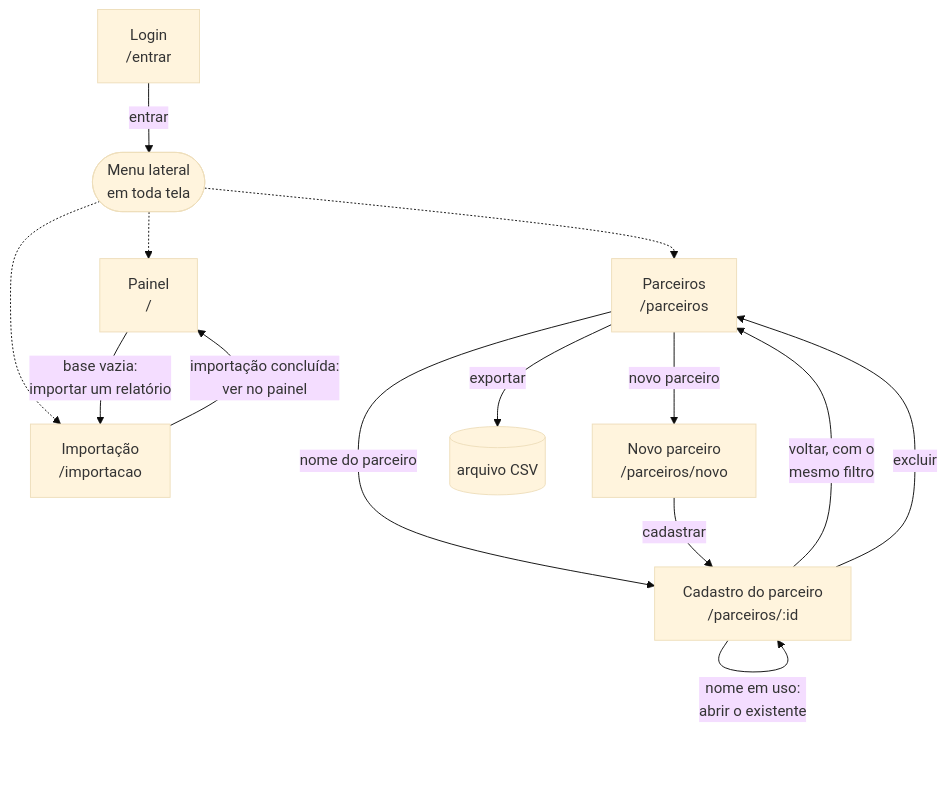
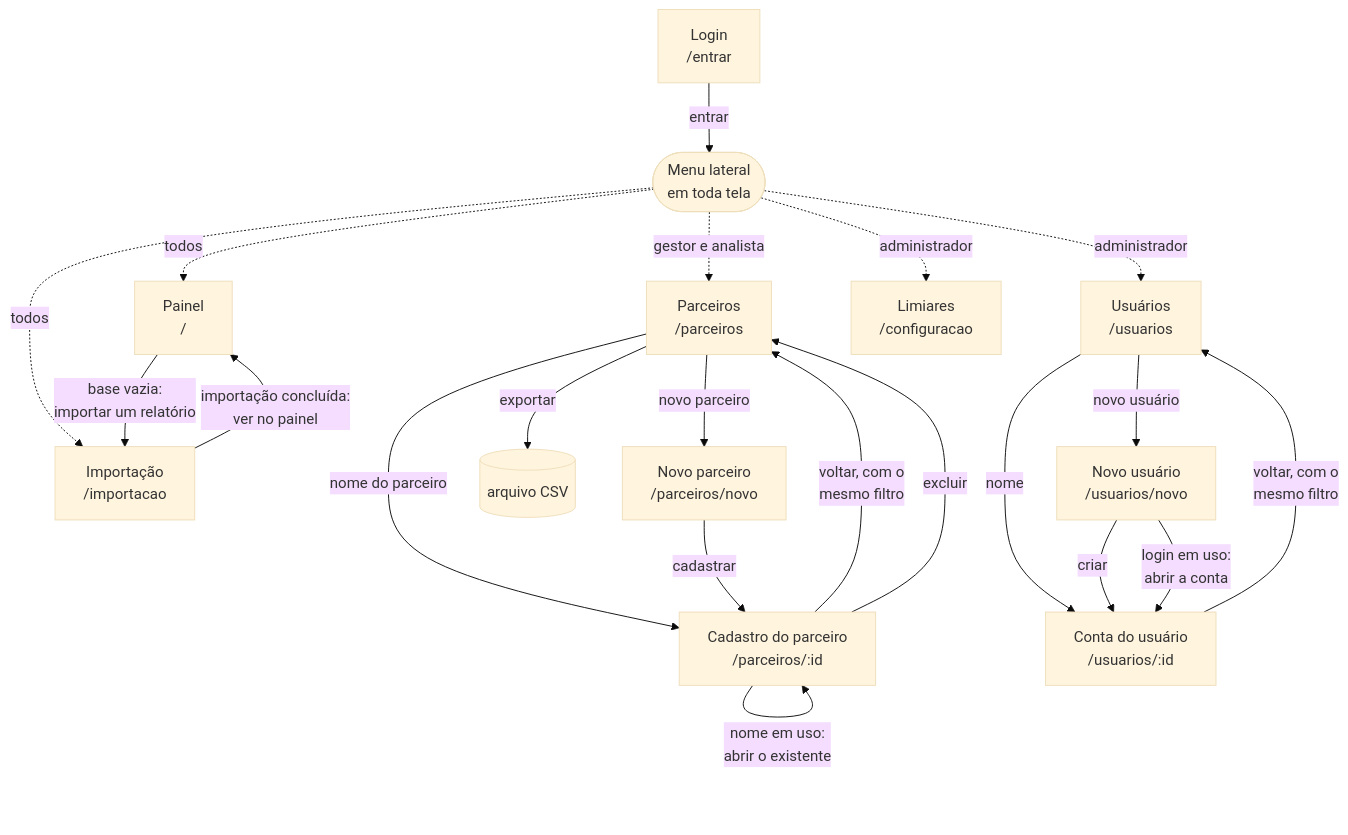
Before and after one commit to PedroMiranda243/gih-fabrica-de-software: the diagram in docs/09-sistema-visual.md, drawn with Mermaid (base theme). The commit also changed other lines of this file and 2 other files, not shown here.

````diff
--- a/docs/09-sistema-visual.md
+++ b/docs/09-sistema-visual.md
@@ -193,25 +193,36 @@
 ```mermaid
 flowchart TD
     Login["Login<br/>/entrar"]
+    Menu(["Menu lateral<br/>em toda tela"])
     Painel["Painel<br/>/"]
     Importacao["Importação<br/>/importacao"]
     Parceiros["Parceiros<br/>/parceiros"]
     Novo["Novo parceiro<br/>/parceiros/novo"]
     Cadastro["Cadastro do parceiro<br/>/parceiros/:id"]
     CSV[("arquivo CSV")]
-    Menu(["Menu lateral<br/>em toda tela"])
+    Usuarios["Usuários<br/>/usuarios"]
+    NovoUsuario["Novo usuário<br/>/usuarios/novo"]
+    Conta["Conta do usuário<br/>/usuarios/:id"]
+    Configuracao["Limiares<br/>/configuracao"]
 
     Login -- "entrar" --> Menu
-    Menu -.-> Painel
-    Menu -.-> Importacao
-    Menu -.-> Parceiros
+    Menu -. "todos" .-> Painel
+    Menu -. "todos" .-> Importacao
+    Menu -. "gestor e analista" .-> Parceiros
+    Menu -. "administrador" .-> Usuarios
+    Menu -. "administrador" .-> Configuracao
     Painel -- "base vazia:<br/>importar um relatório" --> Importacao
     Importacao -- "importação concluída:<br/>ver no painel" --> Painel
     Parceiros -- "nome do parceiro" --> Cadastro
     Parceiros -- "novo parceiro" --> Novo
     Parceiros -- "exportar" --> CSV
     Novo -- "cadastrar" --> Cadastro
     Cadastro -- "nome em uso:<br/>abrir o existente" --> Cadastro
     Cadastro -- "voltar, com o<br/>mesmo filtro" --> Parceiros
     Cadastro -- "excluir" --> Parceiros
+    Usuarios -- "nome" --> Conta
+    Usuarios -- "novo usuário" --> NovoUsuario
+    NovoUsuario -- "criar" --> Conta
+    NovoUsuario -- "login em uso:<br/>abrir a conta" --> Conta
+    Conta -- "voltar, com o<br/>mesmo filtro" --> Usuarios
 ```
````
